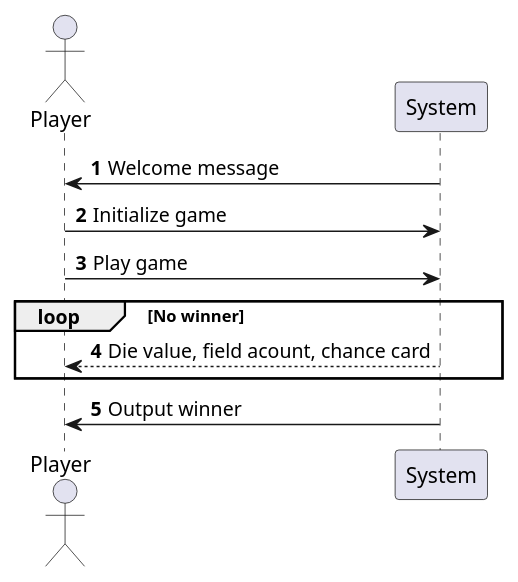
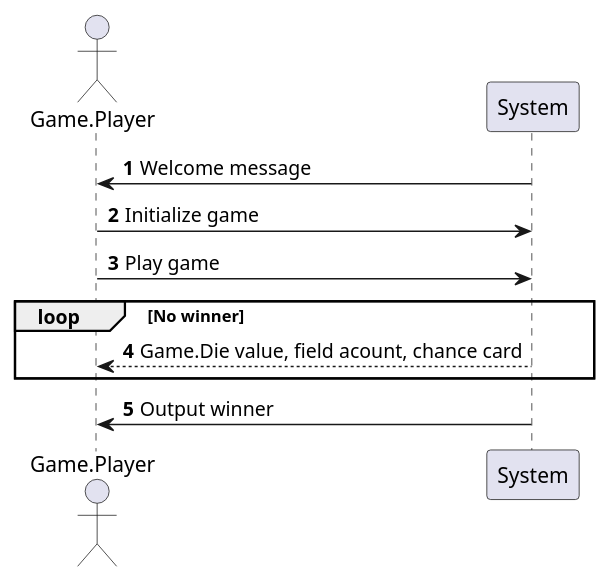
Before and after one commit to GabeKierk889/gruppe-18: the diagram in 18_del3/PlantUML/SystemSequenceDiagram.puml, drawn with PlantUML. The commit also changed 23 other files, not shown here.

```diff
--- a/18_del3/PlantUML/SystemSequenceDiagram.puml
+++ b/18_del3/PlantUML/SystemSequenceDiagram.puml
@@ -1,18 +1,18 @@
 @startuml
 'https://plantuml.com/sequence-diagram
 
 autonumber
 
-actor Player
+actor Game.Player
 
-System -> Player: Welcome message
-Player -> System: Initialize game
-Player -> System: Play game
+System -> Game.Player: Welcome message
+Game.Player -> System: Initialize game
+Game.Player -> System: Play game
 
 loop No winner
-    System --> Player: Die value, field acount, chance card
+    System --> Game.Player: Game.Die value, field acount, chance card
 end
 
-System -> Player: Output winner
+System -> Game.Player: Output winner
 
 @enduml
```
